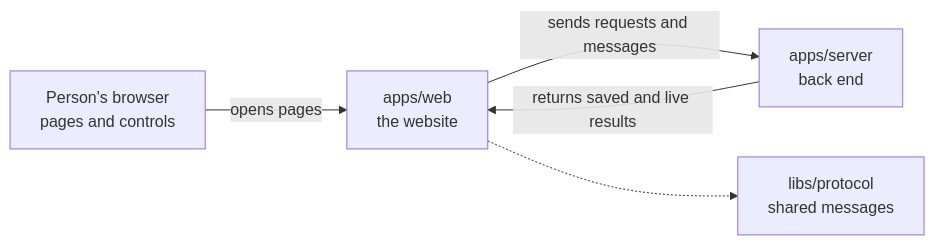
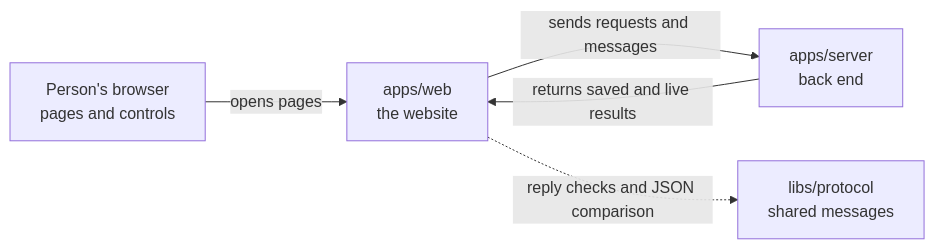
Before and after one commit to elewa-git/opencrane-new: the diagram in apps/web/README.md, drawn with Mermaid. The commit also changed other lines of this file and 2 other files, not shown here.

Commit message:
🌐 Ignore object key order in tool change descriptions

````diff
--- a/apps/web/README.md
+++ b/apps/web/README.md
@@ -17,7 +17,7 @@
 ```mermaid
 flowchart LR
   browser["Person's browser<br/>pages and controls"] -->|opens pages| web["apps/web<br/>the website"]
   web -->|sends requests and messages| server["apps/server<br/>back end"]
   server -->|returns saved and live results| web
-  web -.-> protocol["libs/protocol<br/>shared messages"]
+  web -.->|reply checks and JSON comparison| protocol["libs/protocol<br/>shared messages"]
 ```
````
